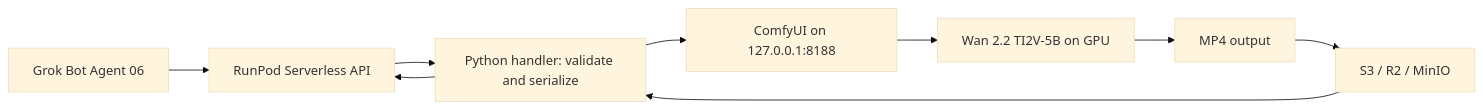
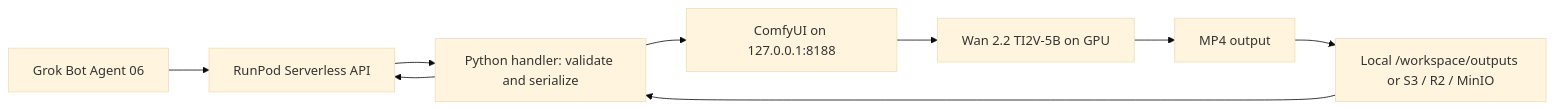
One commit to ZenanXing21/autostudio-video-worker changed the diagram in README.md. Above: the diagram before and after it, drawn with Mermaid (base theme). The commit also changed other lines of this file and 6 other files, not shown here.

````diff
--- a/README.md
+++ b/README.md
@@ -7,11 +7,11 @@
 ```mermaid
 flowchart LR
     A[Grok Bot Agent 06] --> B[RunPod Serverless API]
     B --> C[Python handler: validate and serialize]
     C --> D[ComfyUI on 127.0.0.1:8188]
     D --> E[Wan 2.2 TI2V-5B on GPU]
     E --> F[MP4 output]
-    F --> G[S3 / R2 / MinIO]
+    F --> G[Local /workspace/outputs or S3 / R2 / MinIO]
     G --> C
     C --> B
 ```
````
